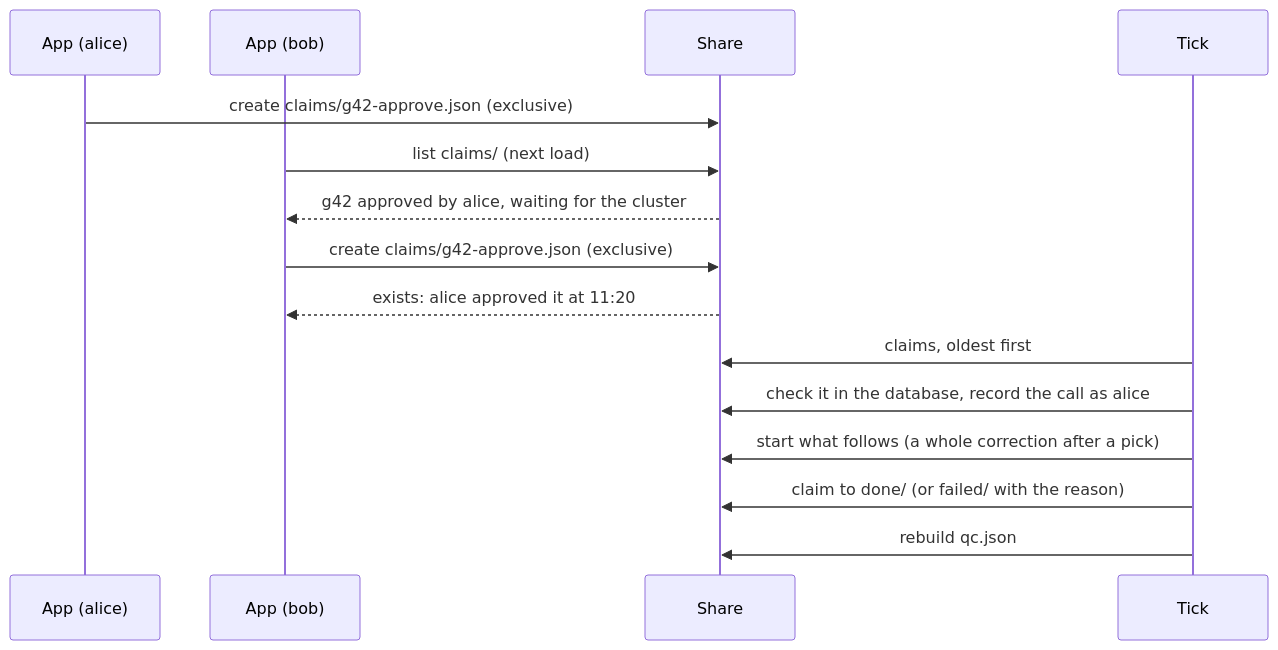
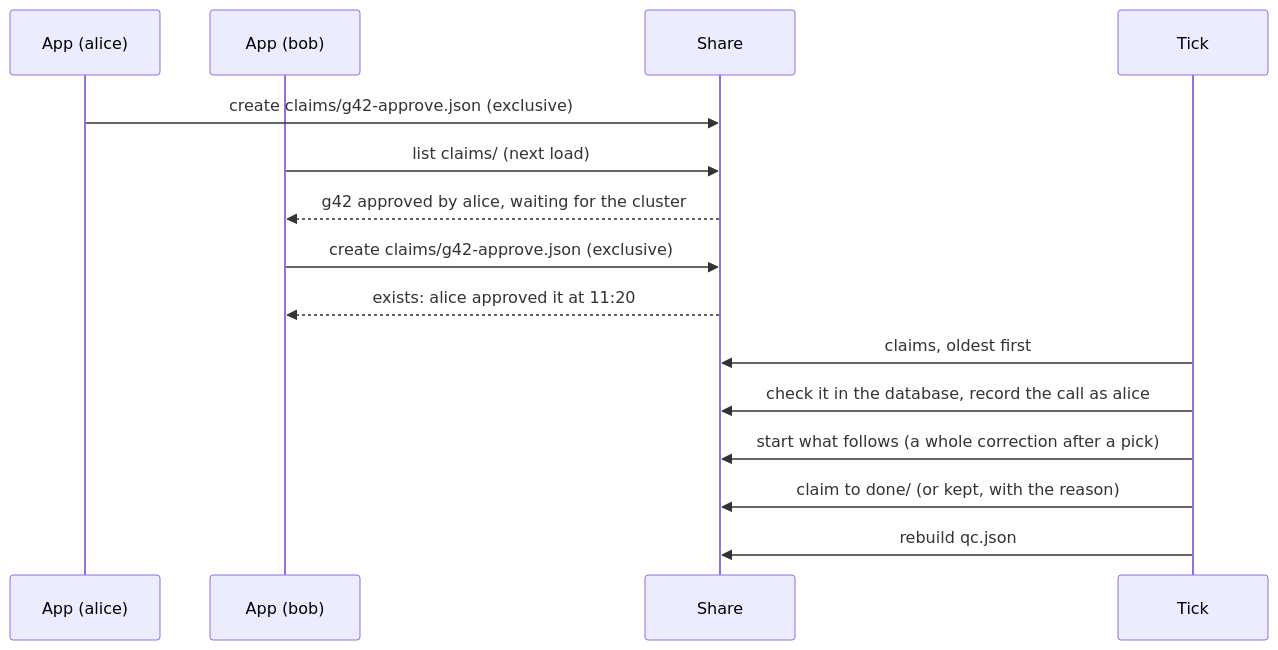
Before and after one commit to vambrosi/ODyn: the sixth of 6 diagrams in docs/database.md, drawn with Mermaid. The commit also changed other lines of this file and 9 other files, not shown here.

````diff
--- a/docs/database.md
+++ b/docs/database.md
@@ -331,17 +331,17 @@
 ```mermaid
 sequenceDiagram
     participant A as App (alice)
     participant B as App (bob)
     participant S as Share
     participant T as Tick
     A->>S: create claims/g42-approve.json (exclusive)
     B->>S: list claims/ (next load)
     S-->>B: g42 approved by alice, waiting for the cluster
     B->>S: create claims/g42-approve.json (exclusive)
     S-->>B: exists: alice approved it at 11:20
     T->>S: claims, oldest first
     T->>S: check it in the database, record the call as alice
     T->>S: start what follows (a whole correction after a pick)
-    T->>S: claim to done/ (or failed/ with the reason)
+    T->>S: claim to done/ (or kept, with the reason)
     T->>S: rebuild qc.json
 ```
````
